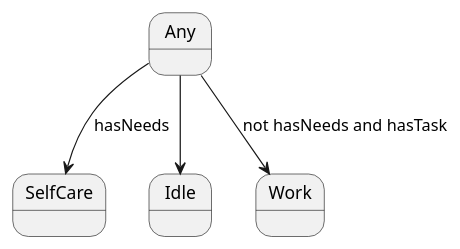
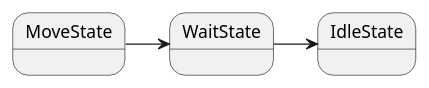
Before and after one commit to minusrep/Pivo-UML: the diagram in Colony/Citizens/CitizenStateMachine.puml, drawn with PlantUML. The commit also changed 4 other files, not shown here.

```diff
--- a/Colony/Citizens/CitizenStateMachine.puml
+++ b/Colony/Citizens/CitizenStateMachine.puml
@@ -1,12 +1,11 @@
 @startuml
-state Any
 
-state SelfCare
+state IdleState
+state MoveState
+state WaitState
 
-state Idle
+MoveState -> WaitState
+WaitState -> IdleState
 
-Any --> Idle
-Any --> Work : not hasNeeds and hasTask
-Any --> SelfCare : hasNeeds
 
 @enduml
```
